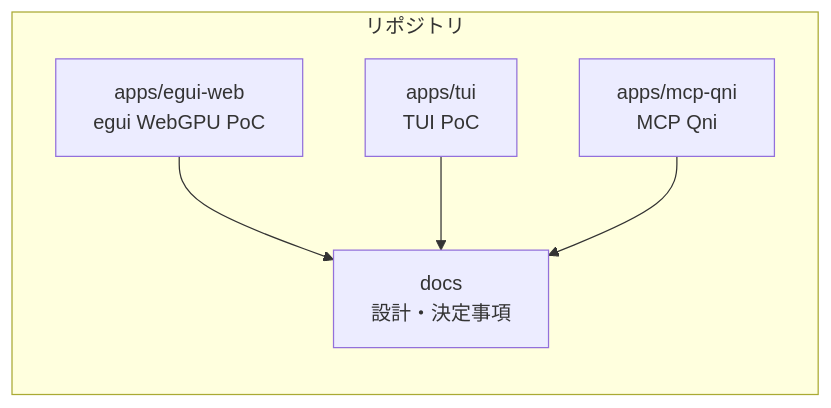
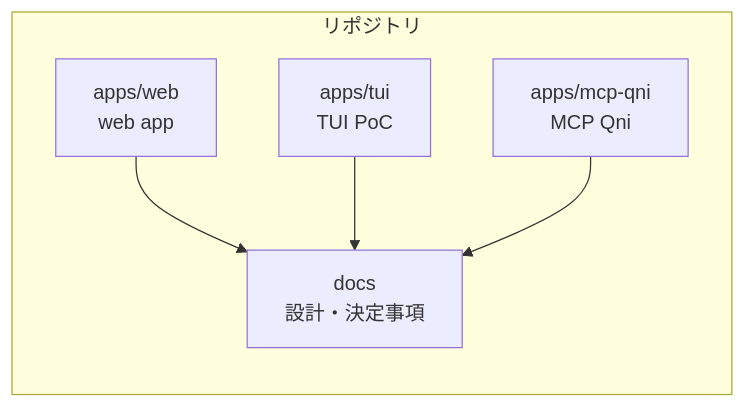
Before and after one commit to qniapp/qni-webgpu: the first of 4 diagrams in docs/architecture.md, drawn with Mermaid. The commit also changed other lines of this file and 406 other files, not shown here.

Commit message:
chore: rename egui web app to web

````diff
--- a/docs/architecture.md
+++ b/docs/architecture.md
@@ -14,12 +14,12 @@
 ```mermaid
 flowchart LR
   subgraph repo[リポジトリ]
-    web[apps/egui-web<br/>egui WebGPU PoC]
+    web[apps/web<br/>web app]
     tui[apps/tui<br/>TUI PoC]
     mcp[apps/mcp-qni<br/>MCP Qni]
     docs[docs<br/>設計・決定事項]
   end
   web --> docs
   tui --> docs
   mcp --> docs
 ```
````
